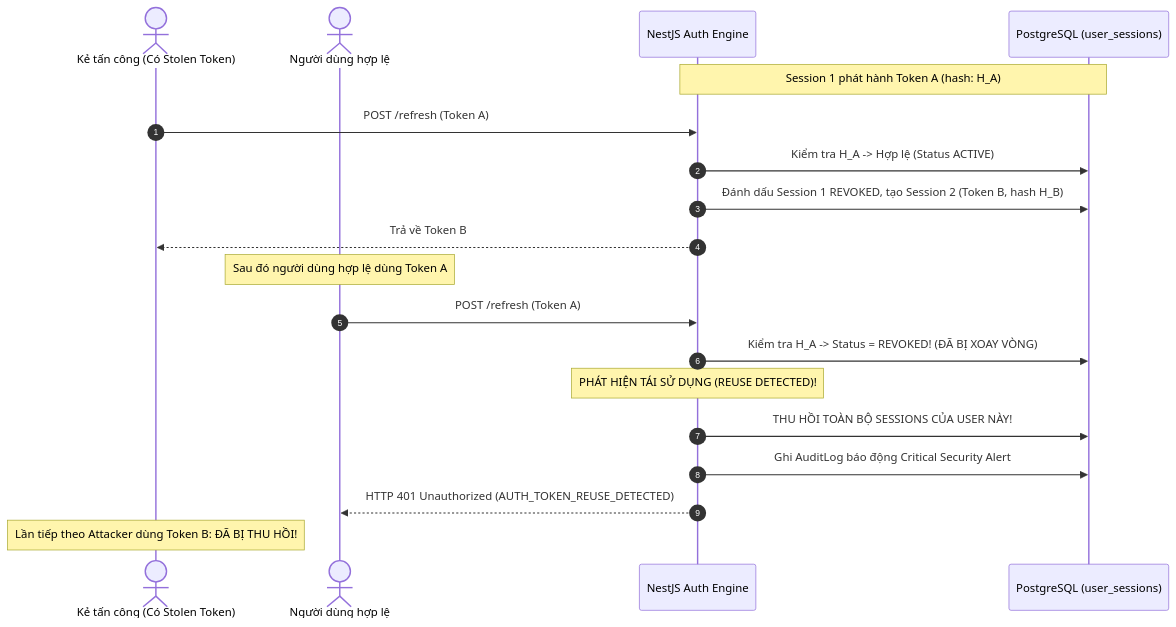
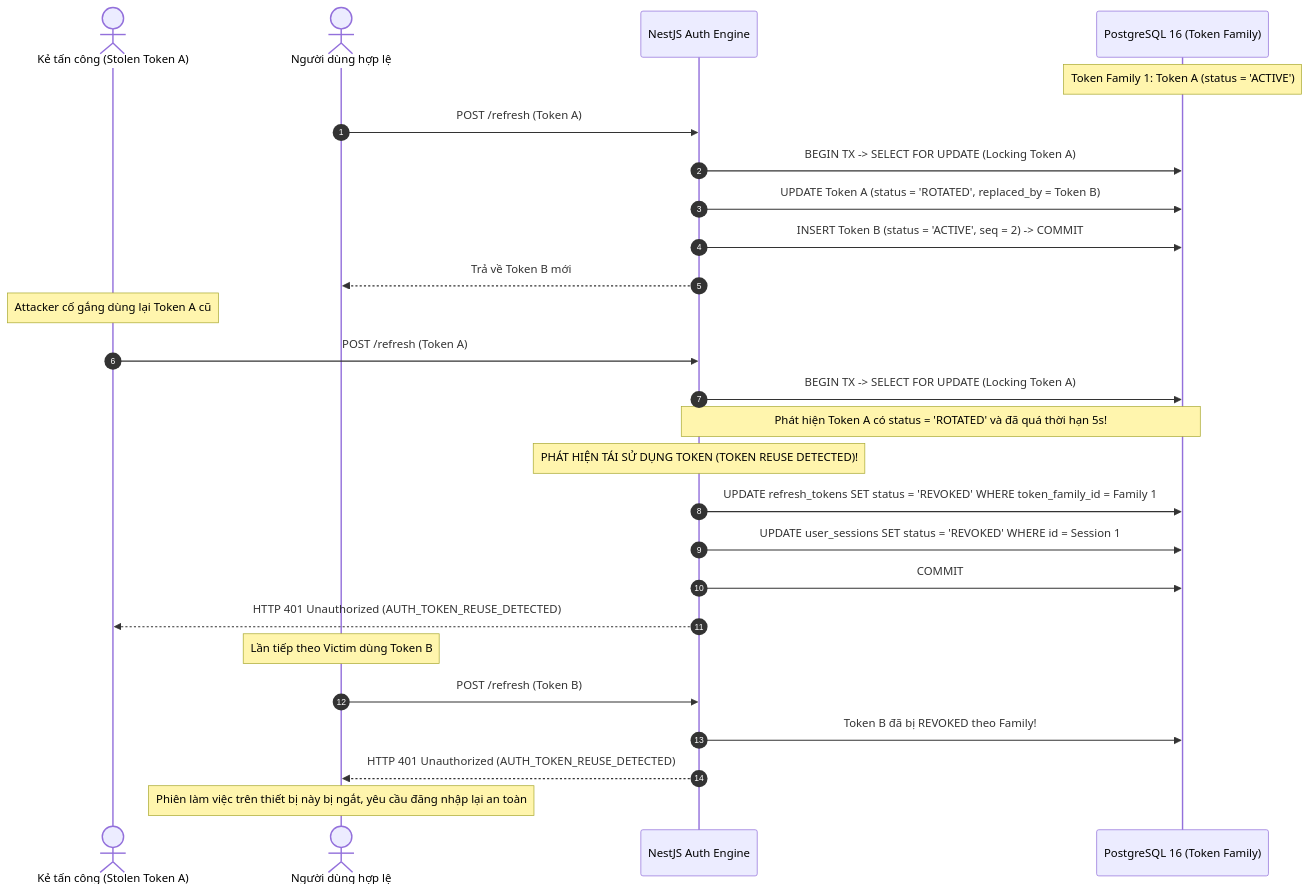
The diagram in docs/PHASE_1D_SECURITY_THREAT_MODEL.md (ntrungz0704/bizpro), drawn with Mermaid before and after one commit. The commit also changed other lines of this file and 5 other files, not shown here.

Commit message:
docs(phase-1d): complete cross-document architecture revision across all 6 blueprint documents

````diff
--- a/docs/PHASE_1D_SECURITY_THREAT_MODEL.md
+++ b/docs/PHASE_1D_SECURITY_THREAT_MODEL.md
@@ -41,23 +43,31 @@
 ```mermaid
 sequenceDiagram
     autonumber
-    actor Attacker as Kẻ tấn công (Có Stolen Token)
+    actor Attacker as Kẻ tấn công (Stolen Token A)
     actor Victim as Người dùng hợp lệ
     participant Server as NestJS Auth Engine
-    participant DB as PostgreSQL (user_sessions)
+    participant DB as PostgreSQL 16 (Token Family)
 
-    Note over Server,DB: Session 1 phát hành Token A (hash: H_A)
+    Note over DB: Token Family 1: Token A (status = 'ACTIVE')
+    Victim->>Server: POST /refresh (Token A)
+    Server->>DB: BEGIN TX -> SELECT FOR UPDATE (Locking Token A)
+    Server->>DB: UPDATE Token A (status = 'ROTATED', replaced_by = Token B)
+    Server->>DB: INSERT Token B (status = 'ACTIVE', seq = 2) -> COMMIT
+    Server-->>Victim: Trả về Token B mới
+
+    Note over Attacker: Attacker cố gắng dùng lại Token A cũ
     Attacker->>Server: POST /refresh (Token A)
-    Server->>DB: Kiểm tra H_A -> Hợp lệ (Status ACTIVE)
-    Server->>DB: Đánh dấu Session 1 REVOKED, tạo Session 2 (Token B, hash H_B)
-    Server-->>Attacker: Trả về Token B
+    Server->>DB: BEGIN TX -> SELECT FOR UPDATE (Locking Token A)
+    Note over Server,DB: Phát hiện Token A có status = 'ROTATED' và đã quá thời hạn 5s!
+    Note over Server: PHÁT HIỆN TÁI SỬ DỤNG TOKEN (TOKEN REUSE DETECTED)!
+    Server->>DB: UPDATE refresh_tokens SET status = 'REVOKED' WHERE token_family_id = Family 1
+    Server->>DB: UPDATE user_sessions SET status = 'REVOKED' WHERE id = Session 1
+    Server->>DB: COMMIT
+    Server-->>Attacker: HTTP 401 Unauthorized (AUTH_TOKEN_REUSE_DETECTED)
 
-    Note over Victim: Sau đó người dùng hợp lệ dùng Token A
-    Victim->>Server: POST /refresh (Token A)
-    Server->>DB: Kiểm tra H_A -> Status = REVOKED! (ĐÃ BỊ XOAY VÒNG)
-    Note over Server: PHÁT HIỆN TÁI SỬ DỤNG (REUSE DETECTED)!
-    Server->>DB: THU HỒI TOÀN BỘ SESSIONS CỦA USER NÀY!
-    Server->>DB: Ghi AuditLog báo động Critical Security Alert
+    Note over Victim: Lần tiếp theo Victim dùng Token B
+    Victim->>Server: POST /refresh (Token B)
+    Server->>DB: Token B đã bị REVOKED theo Family!
     Server-->>Victim: HTTP 401 Unauthorized (AUTH_TOKEN_REUSE_DETECTED)
-    Note over Attacker: Lần tiếp theo Attacker dùng Token B: ĐÃ BỊ THU HỒI!
+    Note over Victim: Phiên làm việc trên thiết bị này bị ngắt, yêu cầu đăng nhập lại an toàn
 ```
````
